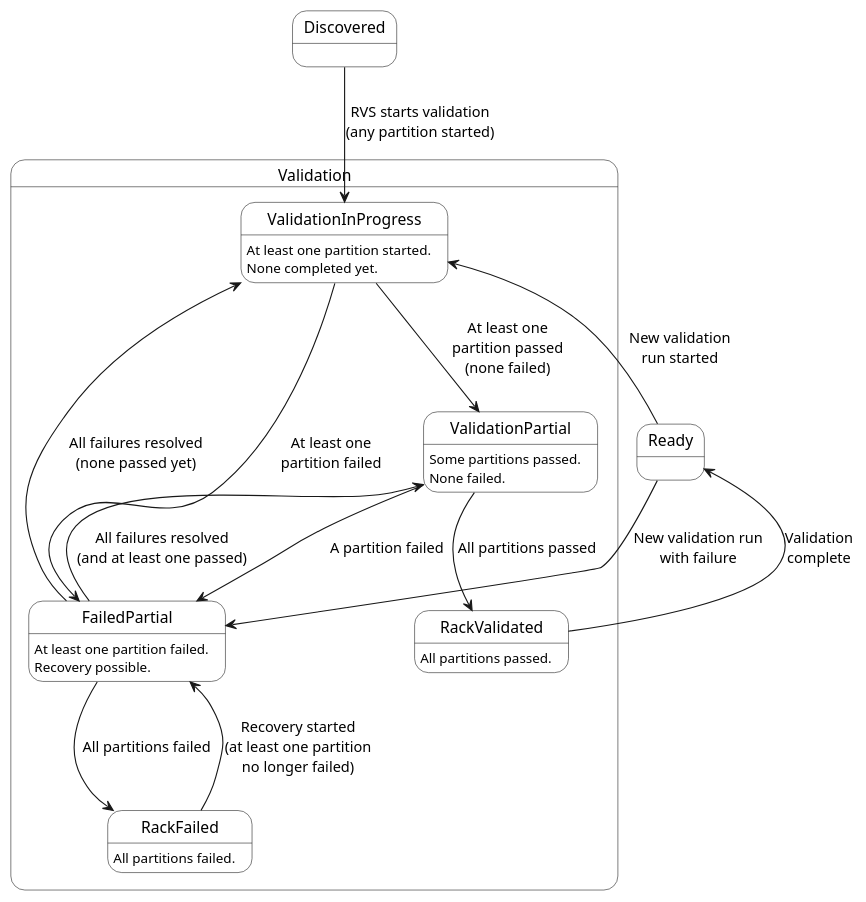
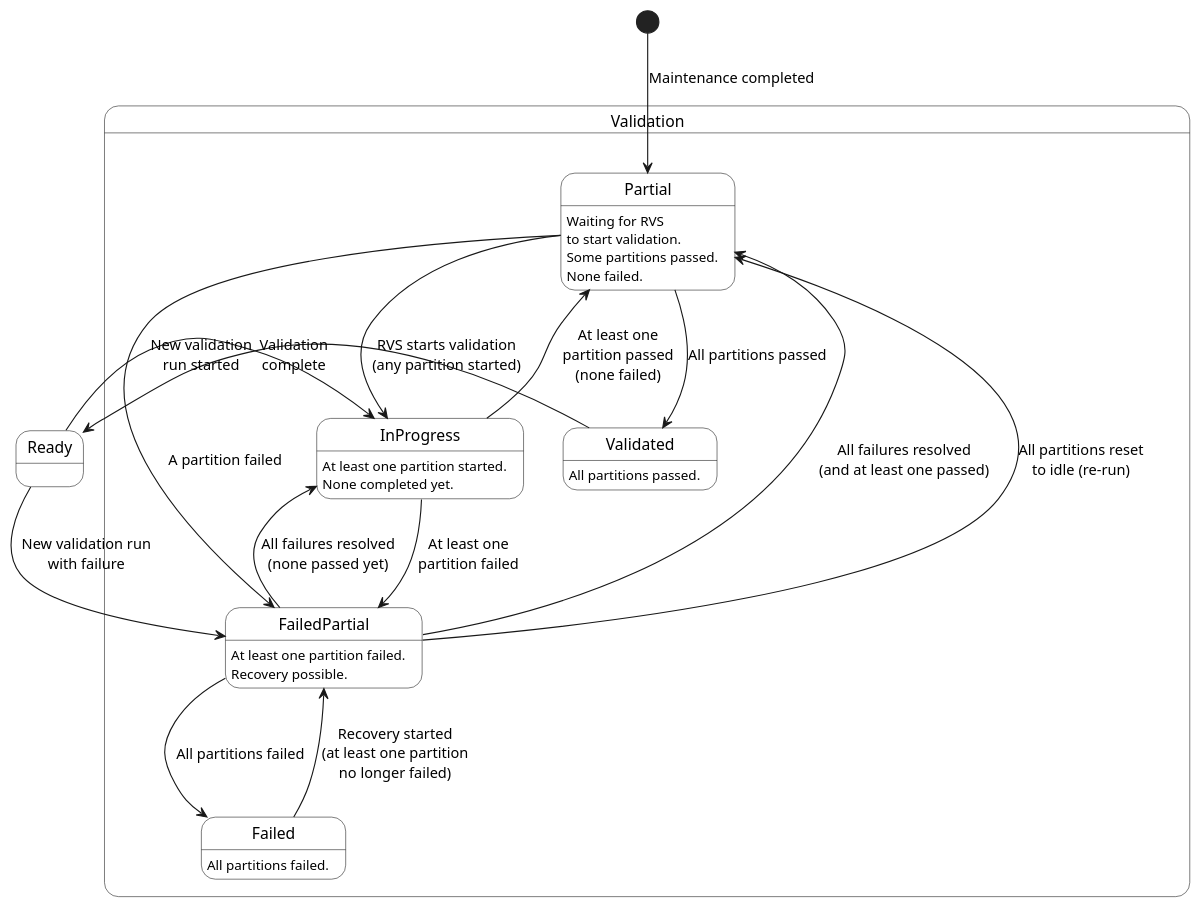
The third of 3 diagrams in book/src/architecture/state_machines/rack.md (NVIDIA/bare-metal-manager-core), drawn with PlantUML before and after one commit. The commit also changed other lines of this file and 4 other files, not shown here.

````diff
--- a/book/src/architecture/state_machines/rack.md
+++ b/book/src/architecture/state_machines/rack.md
@@ -164,38 +162,41 @@
 ```plantuml
 @startuml
 skinparam state {
   BackgroundColor White
 }
 
-state "Discovered" as Discovered
 state "Ready" as Ready
 
 state "Validation" as Validation {
-  state "ValidationInProgress" as VIP : At least one partition started.\nNone completed yet.
-  state "ValidationPartial" as VP : Some partitions passed.\nNone failed.
+  state "Pending" as VP : Waiting for RVS\nto start validation.
+  state "InProgress" as VIP : At least one partition started.\nNone completed yet.
+  state "Partial" as VP : Some partitions passed.\nNone failed.
   state "FailedPartial" as FP : At least one partition failed.\nRecovery possible.
-  state "RackValidated" as RV : All partitions passed.
-  state "RackFailed" as RF : All partitions failed.
+  state "Validated" as RV : All partitions passed.
+  state "Failed" as RF : All partitions failed.
 }
 
-Discovered --> VIP : RVS starts validation\n(any partition started)
+[*] --> VP : Maintenance completed
+
+VP --> VIP : RVS starts validation\n(any partition started)
 
 VIP --> VP : At least one\npartition passed\n(none failed)
 VIP --> FP : At least one\npartition failed
 
 VP --> RV : All partitions passed
 VP --> FP : A partition failed
 
 FP --> RF : All partitions failed
 FP --> VP : All failures resolved\n(and at least one passed)
 FP --> VIP : All failures resolved\n(none passed yet)
+FP --> VP : All partitions reset\nto idle (re-run)
 
 RF --> FP : Recovery started\n(at least one partition\nno longer failed)
 
 RV --> Ready : Validation\ncomplete
 
 Ready --> VIP : New validation\nrun started
 Ready --> FP : New validation run\nwith failure
 
 @enduml
 ```
````
